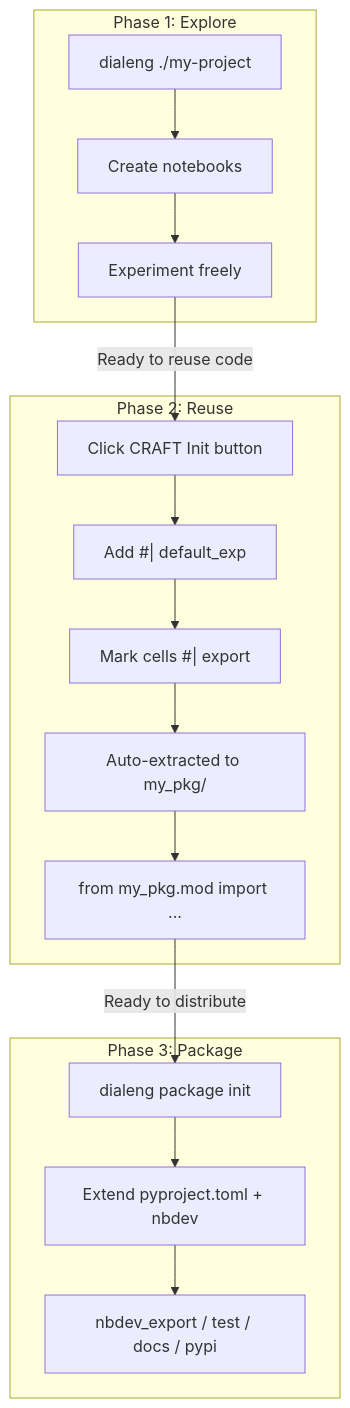
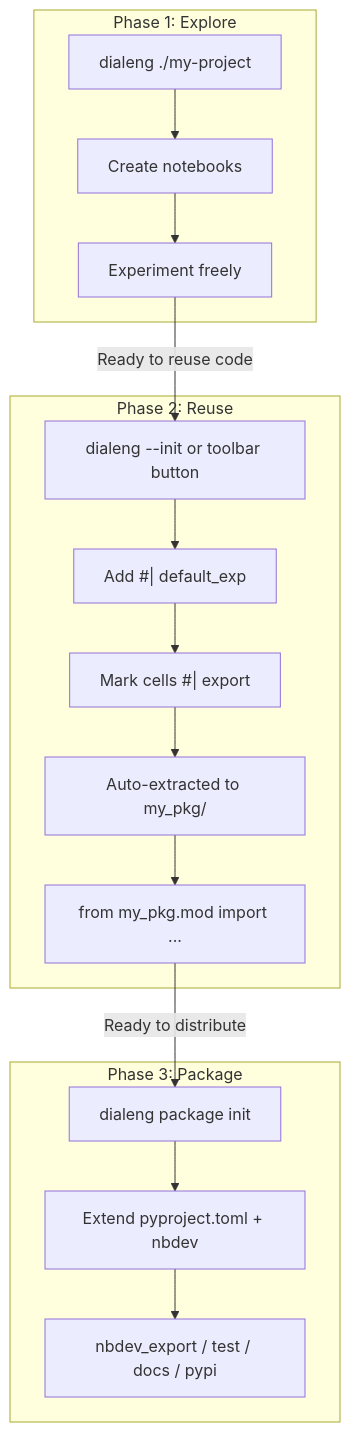
Before and after one commit to sgaseretto/solveish: the fifth of 5 diagrams in docs/guides/notebook_to_package.md, drawn with Mermaid. The commit also changed other lines of this file and 7 other files, not shown here.

````diff
--- a/docs/guides/notebook_to_package.md
+++ b/docs/guides/notebook_to_package.md
@@ -261,28 +280,28 @@
 ```mermaid
 flowchart TD
     subgraph "Phase 1: Explore"
         A1["dialeng ./my-project"]
         A2["Create notebooks"]
         A3["Experiment freely"]
         A1 --> A2 --> A3
     end
 
     subgraph "Phase 2: Reuse"
-        B0["Click CRAFT Init button"]
+        B0["dialeng --init or toolbar button"]
         B1["Add #| default_exp"]
         B2["Mark cells #| export"]
         B3["Auto-extracted to my_pkg/"]
         B4["from my_pkg.mod import ..."]
         B0 --> B1 --> B2 --> B3 --> B4
     end
 
     subgraph "Phase 3: Package"
         C1["dialeng package init"]
         C2["Extend pyproject.toml + nbdev"]
         C3["nbdev_export / test / docs / pypi"]
         C1 --> C2 --> C3
     end
 
     A3 -->|"Ready to reuse code"| B0
     B4 -->|"Ready to distribute"| C1
 ```
````
